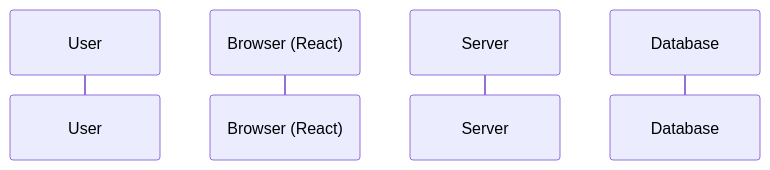
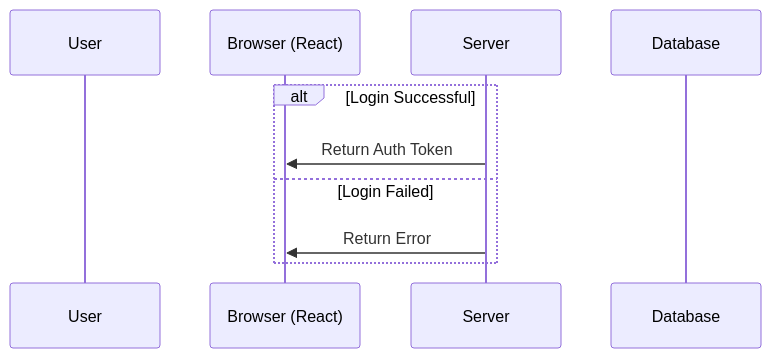
Before and after one commit to eddieblu/startup: the first of 2 diagrams in README.md, drawn with Mermaid.

````diff
--- a/README.md
+++ b/README.md
@@ -30,7 +30,13 @@
 ```mermaid
 sequenceDiagram
     participant U as User
     participant B as Browser (React)
     participant S as Server
     participant DB as Database
+
+    alt Login Successful
+        S->>B: Return Auth Token
+    else Login Failed
+        S->>B: Return Error 
+    end
 ```
````
